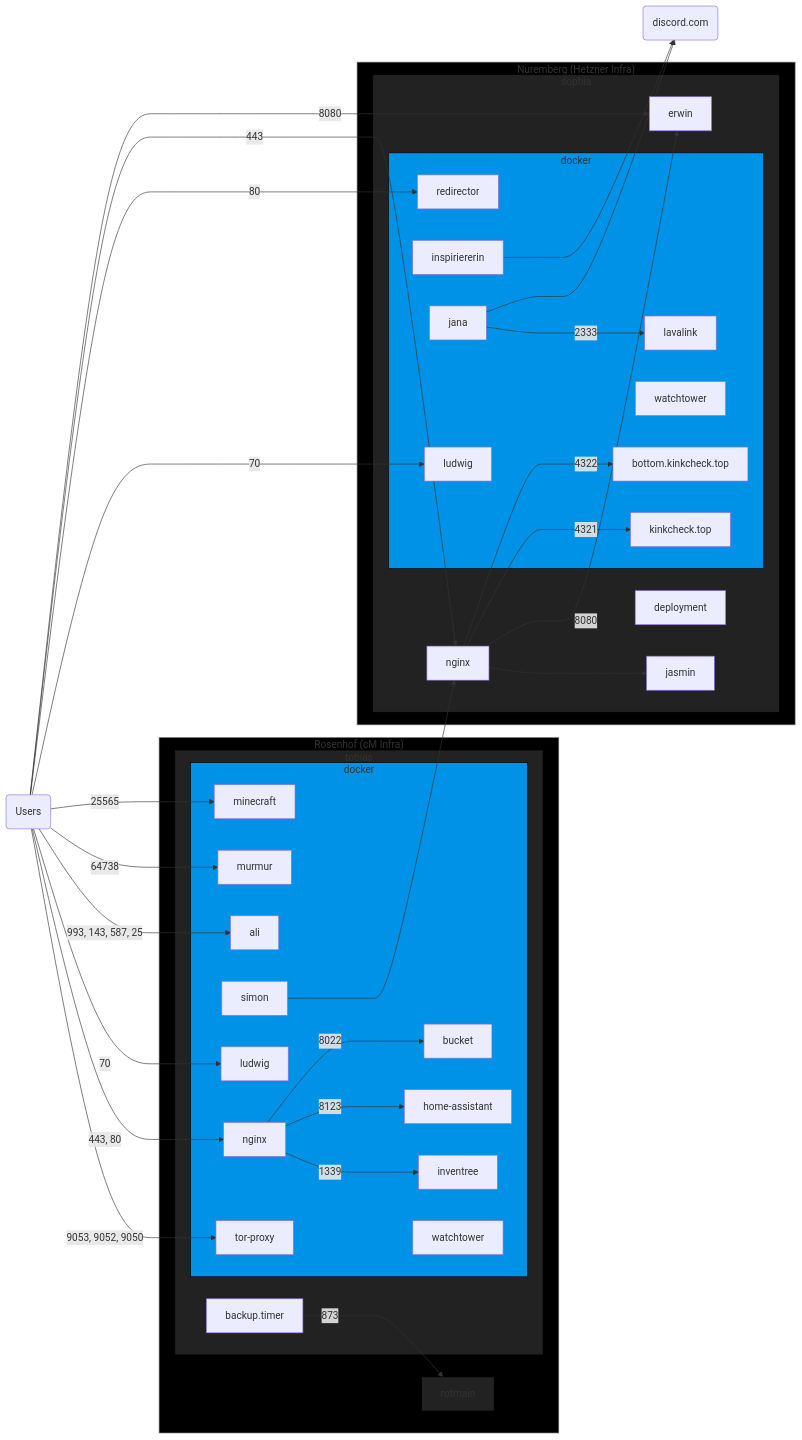
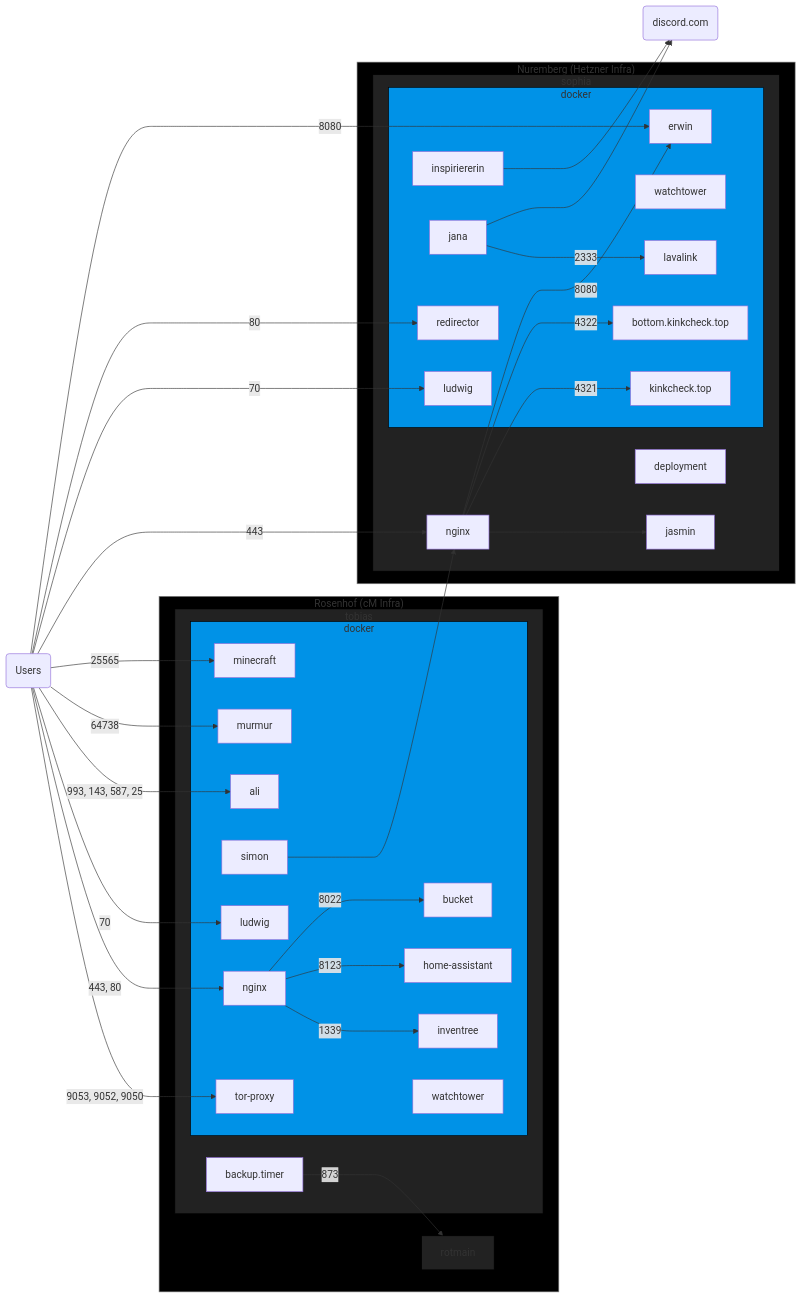
Before and after one commit to chrissxMedia/chrissx.de.conf.sh: the diagram in README.md, drawn with Mermaid.

Commit message:
readme: erwin now runs under docker

```diff
--- a/README.md
+++ b/README.md
@@ -43,6 +43,7 @@
       watchtowersophia[watchtower]
       kinkcheck.top
       bottom.kinkcheck.top
+      erwin
     end
     nginxsophia -- 4321 --> kinkcheck.top
     nginxsophia -- 4322 --> bottom.kinkcheck.top
@@ -61,9 +62,9 @@
 internet -- "993, 143, 587, 25" --> ali
 internet -- 64738 --> murmur
 internet -- 25565 --> minecraft
+internet -- 443 --> nginxsophia
 internet -- 70 --> ludwigsophia[ludwig]
 internet -- 80 --> redirector
-internet -- 443 --> nginxsophia
 internet -- 8080 --> erwin
 discord(discord.com)
 inspiriererin --> discord
```
